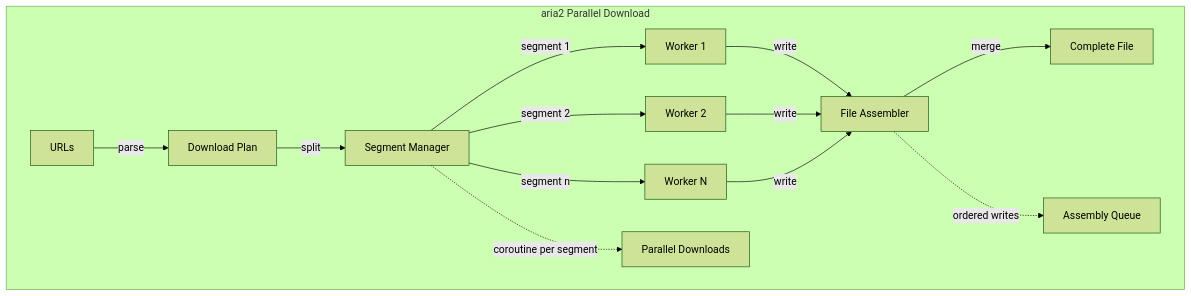
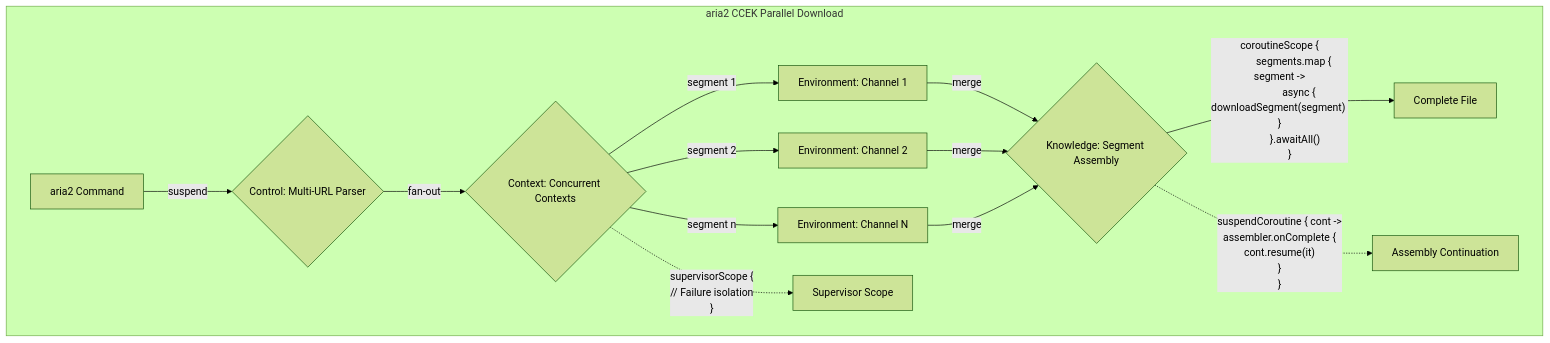
The fifth of 8 diagrams in CHANNEL_CCEK_TODO.md (jnorthrup/superbikeshed), drawn with Mermaid (forest theme) before and after one commit. The commit also changed other lines of this file and 4 other files, not shown here.

````diff
--- a/CHANNEL_CCEK_TODO.md
+++ b/CHANNEL_CCEK_TODO.md
@@ -122,18 +141,29 @@
 ```mermaid
 flowchart TD
-    subgraph "aria2 Parallel Download"
-        A[URLs] -->|parse| B[Download Plan]
-        B -->|split| C[Segment Manager]
+    subgraph "aria2 CCEK Parallel Download"
+        A[aria2 Command] -->|suspend| B{Control: Multi-URL Parser}
+        B -->|fan-out| C{Context: Concurrent Contexts}
         
-        C -->|segment 1| D1[Worker 1]
-        C -->|segment 2| D2[Worker 2]
-        C -->|segment n| DN[Worker N]
+        C -->|segment 1| D1[Environment: Channel 1]
+        C -->|segment 2| D2[Environment: Channel 2]
+        C -->|segment n| DN[Environment: Channel N]
         
-        D1 & D2 & DN -->|write| E[File Assembler]
+        D1 & D2 & DN -->|merge| E{Knowledge: Segment Assembly}
+         
+        E -->|"coroutineScope {
+            segments.map { segment ->
+                async { downloadSegment(segment) }
+            }.awaitAll()
+        }"| F[Complete File]
         
-        E -->|merge| F[Complete File]
+        C -.->|"supervisorScope {
+            // Failure isolation
+        }"| SS[Supervisor Scope]
         
-        C -.->|coroutine per segment| SS[Parallel Downloads]
-        E -.->|ordered writes| AS[Assembly Queue]
+        E -.->|"suspendCoroutine { cont ->
+            assembler.onComplete { 
+                cont.resume(it) 
+            }
+        }"| AS[Assembly Continuation]
     end
 ```
````
